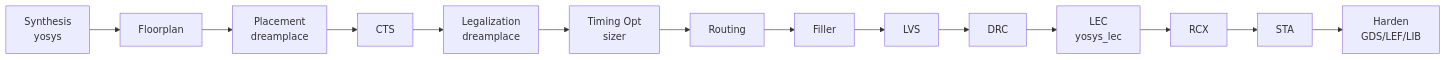
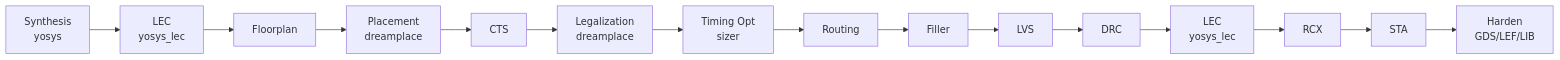
One commit to openecos-projects/ecc changed the second of 2 diagrams in docs/ecc-cli-tutorial.cn.md. Above: the diagram before and after it, drawn with Mermaid. The commit also changed other lines of this file and 18 other files, not shown here.

Commit message:
feat(flow): run synthesis LEC before physical flow

````diff
--- a/docs/ecc-cli-tutorial.cn.md
+++ b/docs/ecc-cli-tutorial.cn.md
@@ -292,6 +293,6 @@
 ```mermaid
 graph LR
-    A[Synthesis<br/>yosys] --> B[Floorplan] --> D[Placement<br/>dreamplace]
+    A[Synthesis<br/>yosys] --> Q[LEC<br/>yosys_lec] --> B[Floorplan] --> D[Placement<br/>dreamplace]
     D --> E[CTS] --> F[Legalization<br/>dreamplace] --> T[Timing Opt<br/>sizer] --> G[Routing]
     G --> J[Filler] --> I[LVS] --> H[DRC] --> N[LEC<br/>yosys_lec] --> K[RCX] --> L[STA] --> M[Harden<br/>GDS/LEF/LIB]
 ```
````
